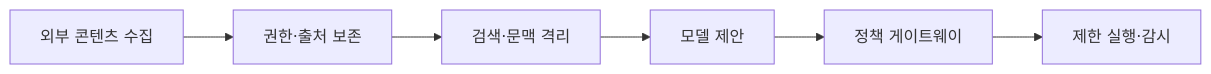
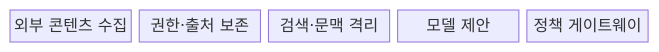
The first of 2 diagrams in src/content/docs/notes/05-security/080_indirect_prompt_injection.md (agnusdei1207/knowledge-base), drawn with Mermaid before and after one commit. The commit also changed other lines of this file and 8 other files, not shown here.

````diff
--- a/src/content/docs/notes/05-security/080_indirect_prompt_injection.md
+++ b/src/content/docs/notes/05-security/080_indirect_prompt_injection.md
@@ -60,8 +60,9 @@
 ```mermaid
-flowchart LR
-    A[외부 콘텐츠 수집] --> B[권한·출처 보존]
-    B --> C[검색·문맥 격리]
-    C --> D[모델 제안]
-    D --> E[정책 게이트웨이]
-    E --> F[제한 실행·감시]
+block-beta
+  columns 5
+  A["외부 콘텐츠 수집"]
+  B["권한·출처 보존"]
+  C["검색·문맥 격리"]
+  D["모델 제안"]
+  E["정책 게이트웨이"]
 ```
````
